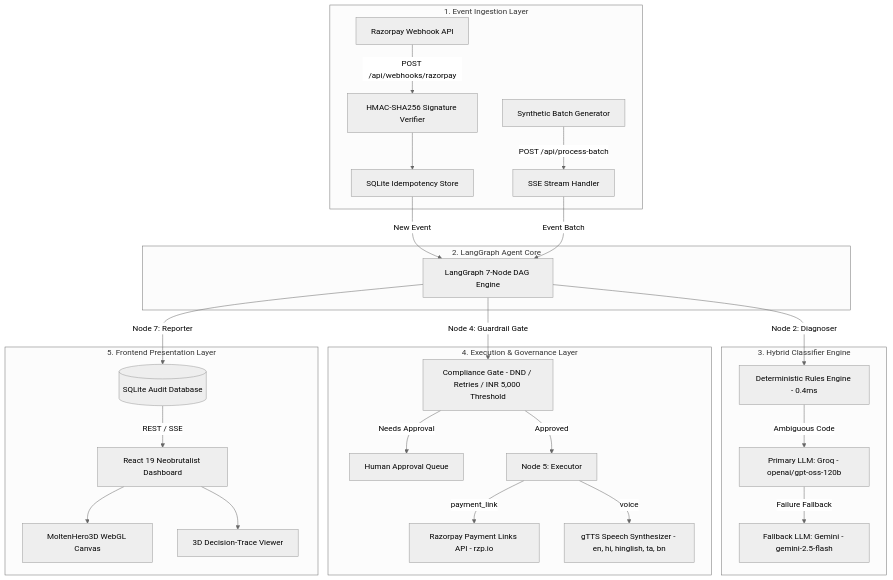
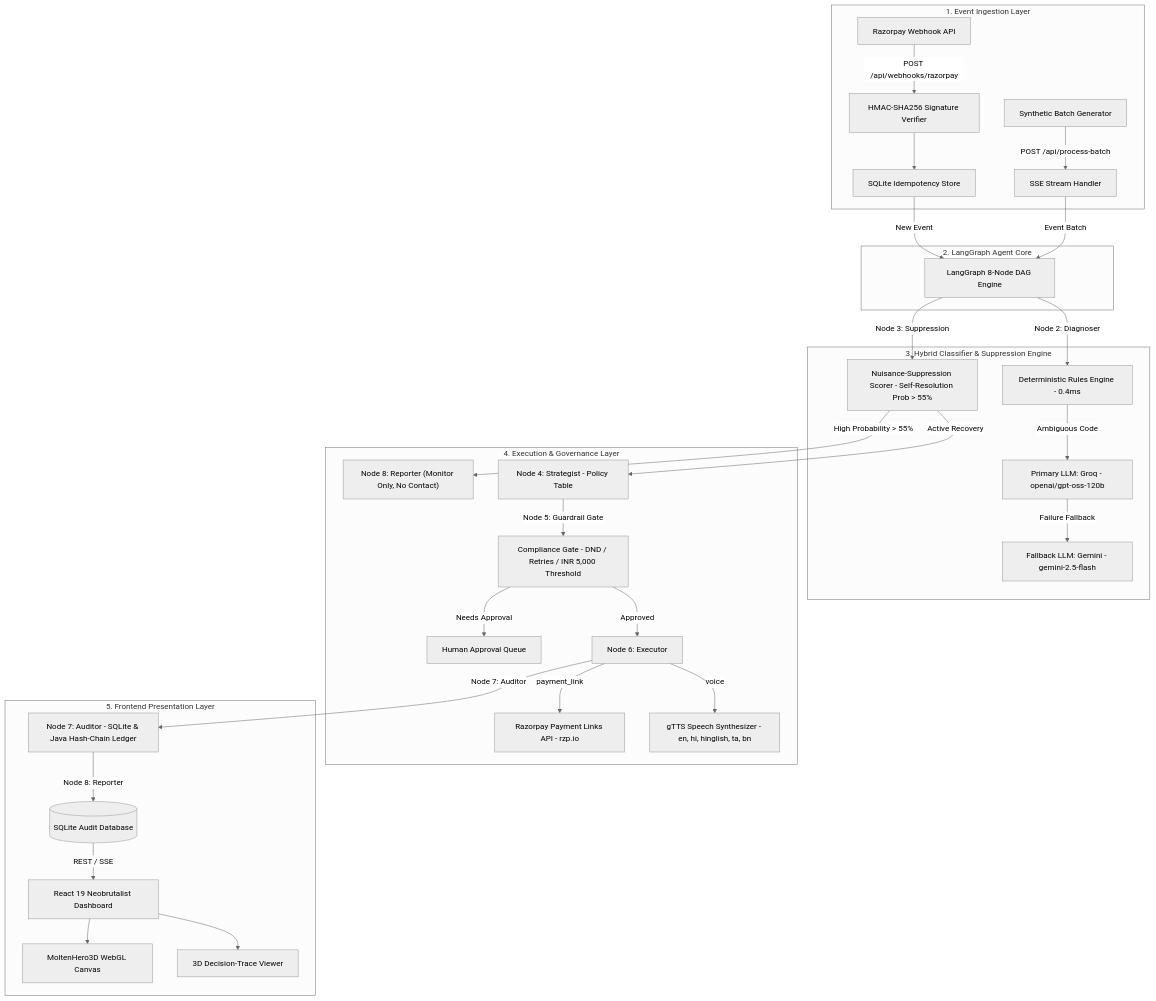
One commit to ankan123basu/vaapsi-agent changed the first of 4 diagrams in README.md. Above: the diagram before and after it, drawn with Mermaid (neutral theme). The commit also changed other lines of this file and 29 other files, not shown here.

First line of the commit message:
feat: implement 8-Node LangGraph DAG engine with Nuisance Suppression, ISO 8583 ground truth, and webhook proof

````diff
--- a/README.md
+++ b/README.md
@@ -273,34 +284,38 @@
 ```mermaid
 graph TD
     subgraph Ingestion ["1. Event Ingestion Layer"]
         RZP["Razorpay Webhook API"] -->|POST /api/webhooks/razorpay| VERIFY["HMAC-SHA256 Signature Verifier"]
         SYN["Synthetic Batch Generator"] -->|POST /api/process-batch| STREAM["SSE Stream Handler"]
         VERIFY --> DUP["SQLite Idempotency Store"]
     end
 
     subgraph Core ["2. LangGraph Agent Core"]
-        DUP -->|New Event| DAG["LangGraph 7-Node DAG Engine"]
+        DUP -->|New Event| DAG["LangGraph 8-Node DAG Engine"]
         STREAM -->|Event Batch| DAG
     end
 
-    subgraph Classifiers ["3. Hybrid Classifier Engine"]
+    subgraph Classifiers ["3. Hybrid Classifier & Suppression Engine"]
         DAG -->|Node 2: Diagnoser| RULES["Deterministic Rules Engine - 0.4ms"]
         RULES -->|Ambiguous Code| GROQ["Primary LLM: Groq - openai/gpt-oss-120b"]
         GROQ -->|Failure Fallback| GEMINI["Fallback LLM: Gemini - gemini-2.5-flash"]
+        DAG -->|Node 3: Suppression| SUPP["Nuisance-Suppression Scorer - Self-Resolution Prob > 55%"]
     end
 
     subgraph Actions ["4. Execution & Governance Layer"]
-        DAG -->|Node 4: Guardrail Gate| GATE["Compliance Gate - DND / Retries / INR 5,000 Threshold"]
+        SUPP -->|High Probability > 55%| REPORTERS["Node 8: Reporter (Monitor Only, No Contact)"]
+        SUPP -->|Active Recovery| STRAT["Node 4: Strategist - Policy Table"]
+        STRAT -->|Node 5: Guardrail Gate| GATE["Compliance Gate - DND / Retries / INR 5,000 Threshold"]
         GATE -->|Needs Approval| QUEUE["Human Approval Queue"]
-        GATE -->|Approved| EXEC["Node 5: Executor"]
+        GATE -->|Approved| EXEC["Node 6: Executor"]
         EXEC -->|payment_link| RZP_API["Razorpay Payment Links API - rzp.io"]
         EXEC -->|voice| GTTS["gTTS Speech Synthesizer - en, hi, hinglish, ta, bn"]
     end
 
     subgraph Presentation ["5. Frontend Presentation Layer"]
-        DAG -->|Node 7: Reporter| DB[("SQLite Audit Database")]
+        EXEC -->|Node 7: Auditor| AUDIT["Node 7: Auditor - SQLite & Java Hash-Chain Ledger"]
+        AUDIT -->|Node 8: Reporter| DB[("SQLite Audit Database")]
         DB -->|REST / SSE| DASH["React 19 Neobrutalist Dashboard"]
         DASH --> THREE["MoltenHero3D WebGL Canvas"]
         DASH --> TRACE["3D Decision-Trace Viewer"]
     end
 ```
````
